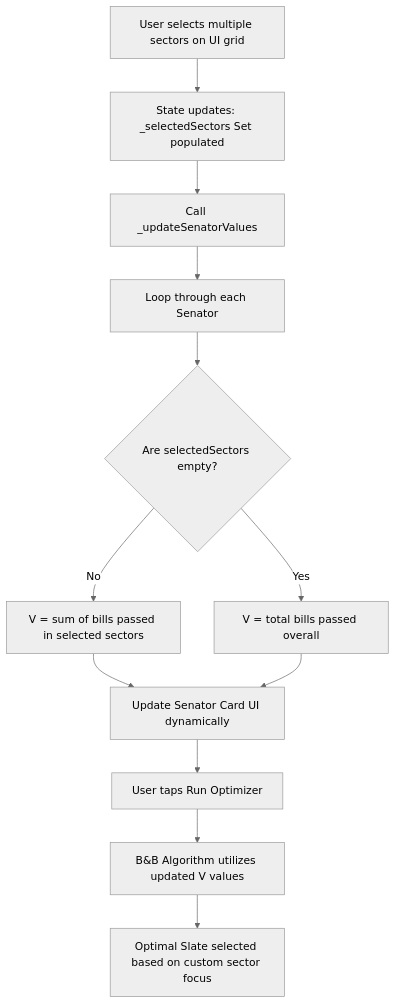
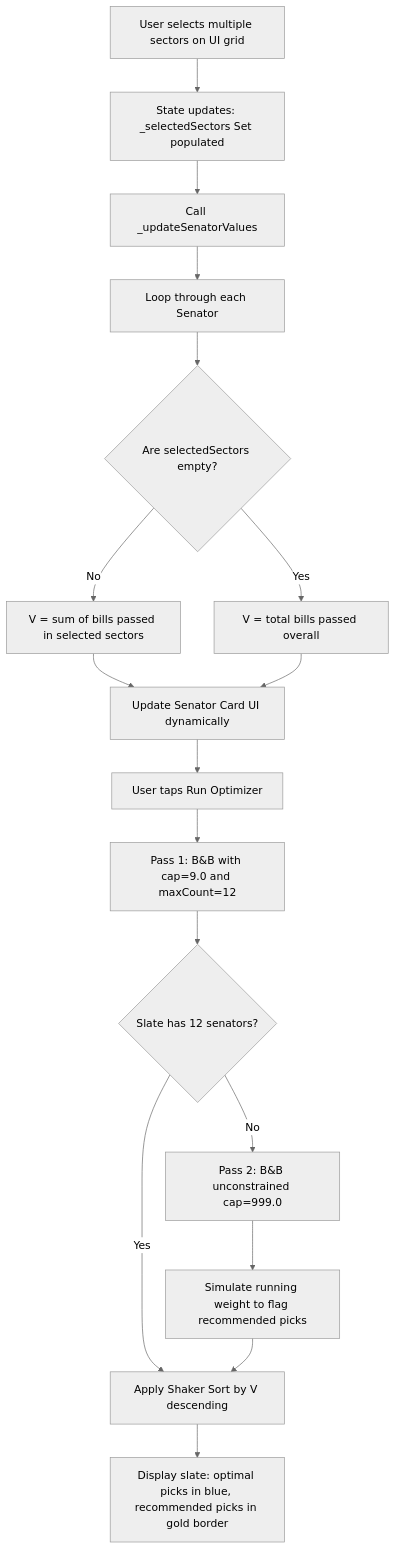
One commit to Romar-jpg/optivote_ph_mobile_prototype changed the diagram in SECTORS_SELECTION_EXPLANATION.md. Above: the diagram before and after it, drawn with Mermaid (neutral theme). The commit also changed other lines of this file and 1 other file, not shown here.

````diff
--- a/SECTORS_SELECTION_EXPLANATION.md
+++ b/SECTORS_SELECTION_EXPLANATION.md
@@ -9,14 +9,19 @@
 ```mermaid
 graph TD
     A[User selects multiple sectors on UI grid] --> B[State updates: _selectedSectors Set populated]
     B --> C[Call _updateSenatorValues]
     C --> D[Loop through each Senator]
     D --> E{Are selectedSectors empty?}
     E -- No --> F[V = sum of bills passed in selected sectors]
     E -- Yes --> G[V = total bills passed overall]
     F --> H[Update Senator Card UI dynamically]
     G --> H
     H --> I[User taps Run Optimizer]
-    I --> J[B&B Algorithm utilizes updated V values]
-    J --> K[Optimal Slate selected based on custom sector focus]
+    I --> J[Pass 1: B&B with cap=9.0 and maxCount=12]
+    J --> K{Slate has 12 senators?}
+    K -- Yes --> M[Apply Shaker Sort by V descending]
+    K -- No --> L[Pass 2: B&B unconstrained cap=999.0]
+    L --> N[Simulate running weight to flag recommended picks]
+    N --> M
+    M --> O[Display slate: optimal picks in blue, recommended picks in gold border]
 ```
````
